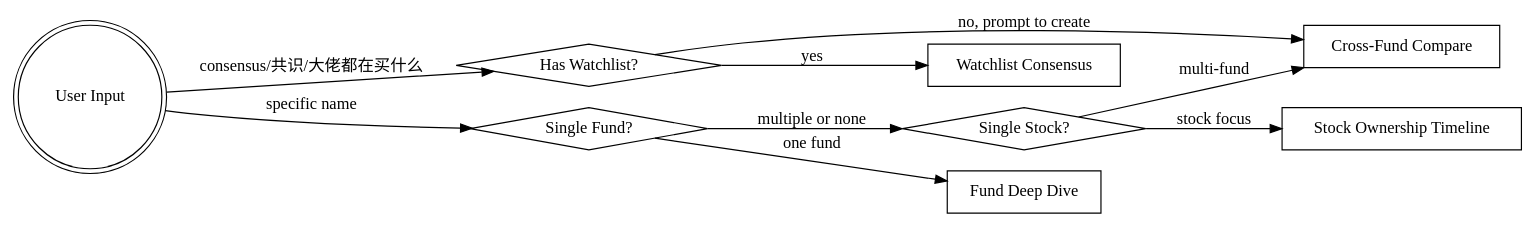
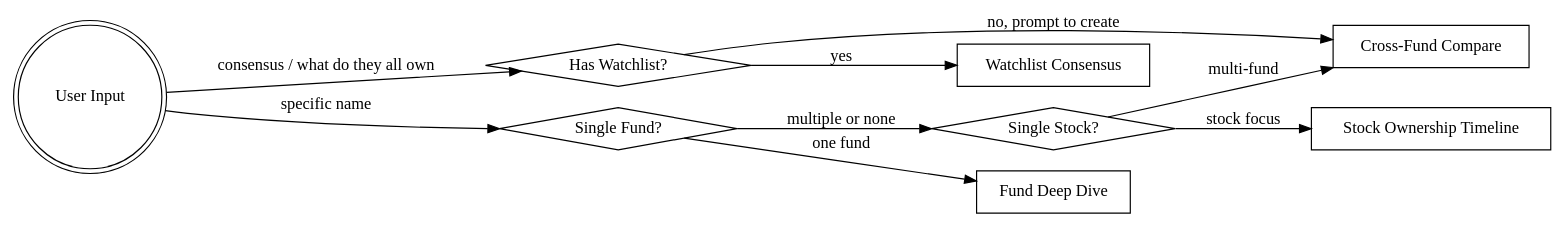
One commit to jl3032/13f-analysis changed the diagram in SKILL.md. Above: the diagram before and after it, drawn with Graphviz. The commit also changed other lines of this file and 6 other files, not shown here.

````diff
--- a/SKILL.md
+++ b/SKILL.md
@@ -159,22 +161,22 @@
 ```dot
 digraph modes {
   rankdir=LR;
   "User Input" [shape=doublecircle];
   "Has Watchlist?" [shape=diamond];
   "Single Fund?" [shape=diamond];
   "Single Stock?" [shape=diamond];
   "Fund Deep Dive" [shape=box];
   "Cross-Fund Compare" [shape=box];
   "Stock Ownership Timeline" [shape=box];
   "Watchlist Consensus" [shape=box];
 
-  "User Input" -> "Has Watchlist?" [label="consensus/共识/大佬都在买什么"];
+  "User Input" -> "Has Watchlist?" [label="consensus / what do they all own"];
   "Has Watchlist?" -> "Watchlist Consensus" [label="yes"];
   "Has Watchlist?" -> "Cross-Fund Compare" [label="no, prompt to create"];
   "User Input" -> "Single Fund?" [label="specific name"];
   "Single Fund?" -> "Fund Deep Dive" [label="one fund"];
   "Single Fund?" -> "Single Stock?" [label="multiple or none"];
   "Single Stock?" -> "Stock Ownership Timeline" [label="stock focus"];
   "Single Stock?" -> "Cross-Fund Compare" [label="multi-fund"];
 }
 ```
````
